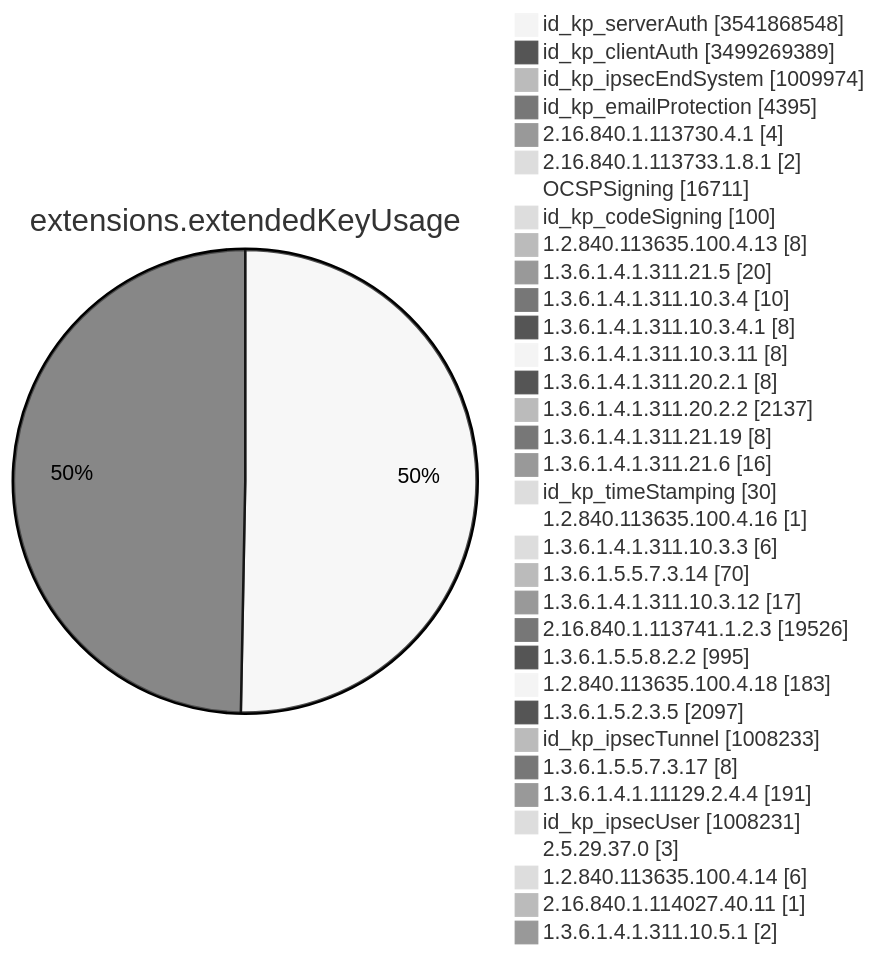
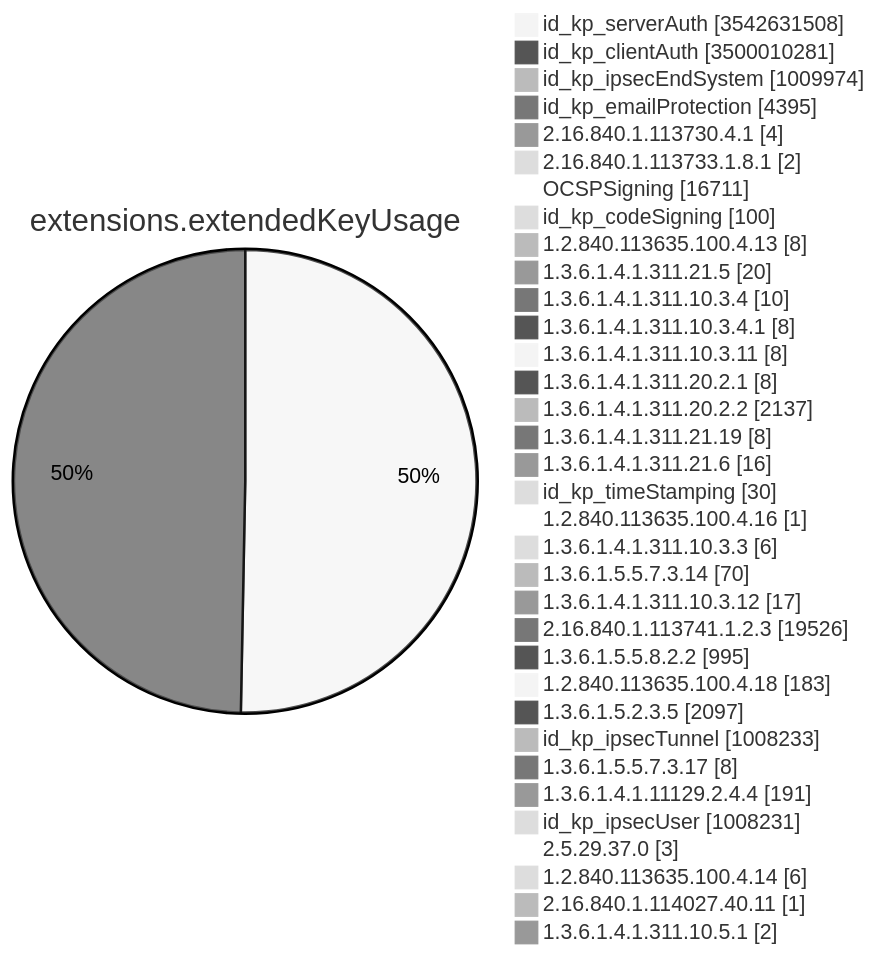
One commit to christiankrug/ctmonitor_visualization changed diagram 11 of 15 in TOTAL/README.md. Above: the diagram before and after it, drawn with Mermaid (neutral theme). The commit also changed other lines of this file, not shown here.

````diff
--- a/TOTAL/README.md
+++ b/TOTAL/README.md
@@ -4127,38 +4127,38 @@
 ```mermaid
 pie showData
 title extensions.extendedKeyUsage
-"id_kp_serverAuth" :3541868548
-"id_kp_clientAuth" :3499269389
+"id_kp_serverAuth" :3542631508
+"id_kp_clientAuth" :3500010281
 "id_kp_ipsecEndSystem" :1009974
 "id_kp_emailProtection" :4395
 "2.16.840.1.113730.4.1" :4
 "2.16.840.1.113733.1.8.1" :2
 "OCSPSigning" :16711
 "id_kp_codeSigning" :100
 "1.2.840.113635.100.4.13" :8
 "1.3.6.1.4.1.311.21.5" :20
 "1.3.6.1.4.1.311.10.3.4" :10
 "1.3.6.1.4.1.311.10.3.4.1" :8
 "1.3.6.1.4.1.311.10.3.11" :8
 "1.3.6.1.4.1.311.20.2.1" :8
 "1.3.6.1.4.1.311.20.2.2" :2137
 "1.3.6.1.4.1.311.21.19" :8
 "1.3.6.1.4.1.311.21.6" :16
 "id_kp_timeStamping" :30
 "1.2.840.113635.100.4.16" :1
 "1.3.6.1.4.1.311.10.3.3" :6
 "1.3.6.1.5.5.7.3.14" :70
 "1.3.6.1.4.1.311.10.3.12" :17
 "2.16.840.1.113741.1.2.3" :19526
 "1.3.6.1.5.5.8.2.2" :995
 "1.2.840.113635.100.4.18" :183
 "1.3.6.1.5.2.3.5" :2097
 "id_kp_ipsecTunnel" :1008233
 "1.3.6.1.5.5.7.3.17" :8
 "1.3.6.1.4.1.11129.2.4.4" :191
 "id_kp_ipsecUser" :1008231
 "2.5.29.37.0" :3
 "1.2.840.113635.100.4.14" :6
 "2.16.840.1.114027.40.11" :1
 "1.3.6.1.4.1.311.10.5.1" :2
 ```
````
